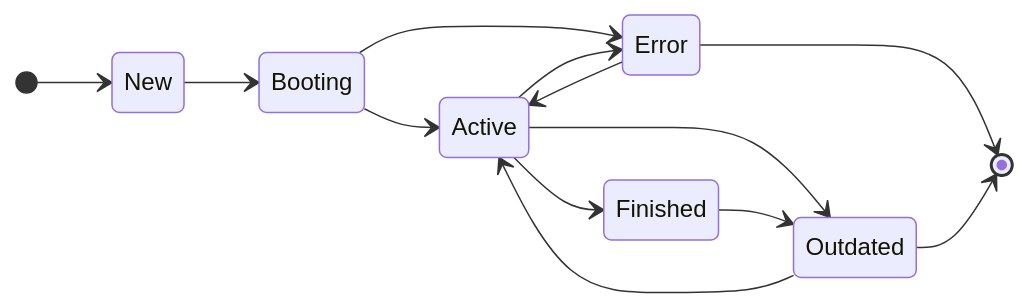
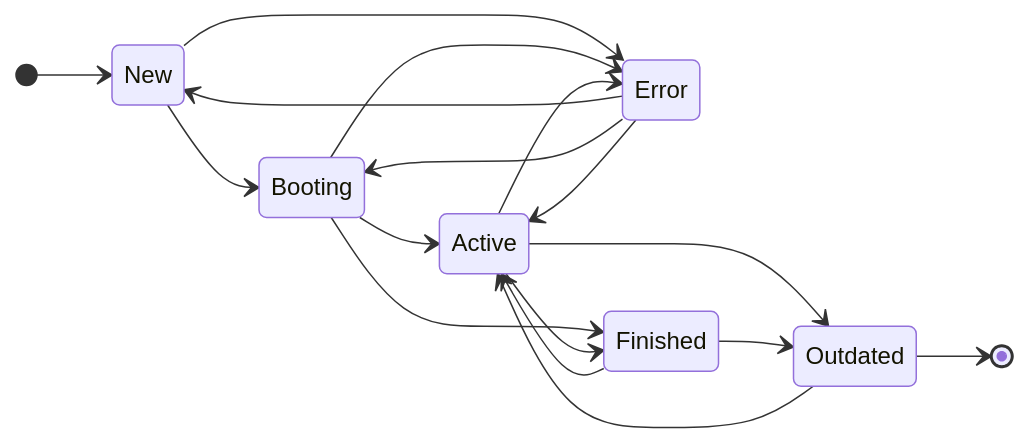
One commit to patchlevel/event-sourcing changed the diagram in docs/pages/projection.md. Above: the diagram before and after it, drawn with Mermaid. The commit also changed 26 other files, not shown here.

````diff
--- a/docs/pages/projection.md
+++ b/docs/pages/projection.md
@@ -320,16 +320,20 @@
 ``` mermaid
 stateDiagram-v2
     direction LR
     [*] --> New
     New --> Booting
+    New --> Error
     Booting --> Active
+    Booting --> Finished
     Booting --> Error
+    Active --> Finished
     Active --> Outdated
     Active --> Error
-    Active --> Finished
+    Finished --> Active
     Finished --> Outdated
+    Error --> New
+    Error --> Booting
     Error --> Active
-    Error --> [*]
     Outdated --> Active
     Outdated --> [*]
 ```
````
